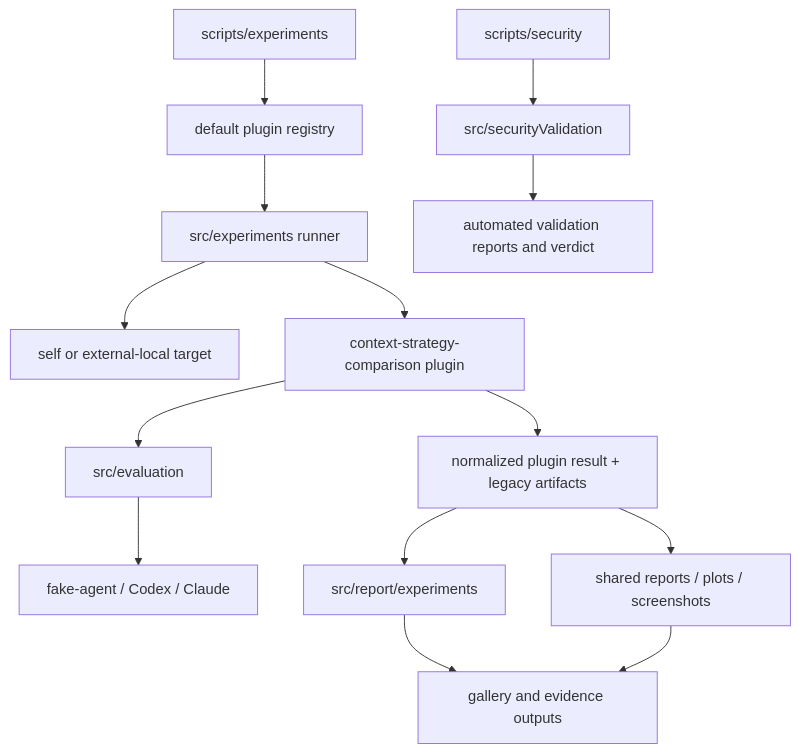
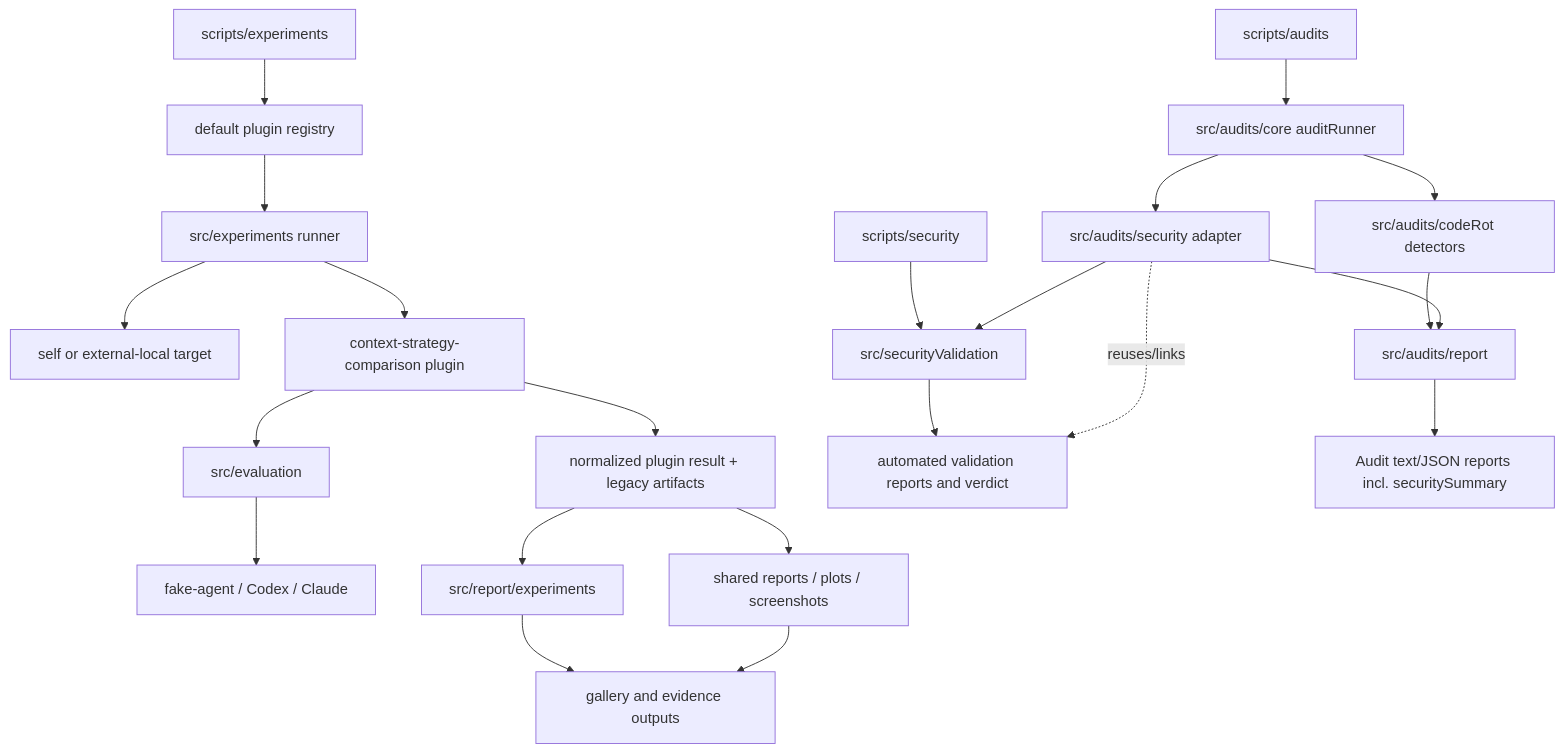
One commit to dailephd/my-dev-kit-lab changed the first of 4 diagrams in docs/ARCHITECTURE.md. Above: the diagram before and after it, drawn with Mermaid. The commit also changed other lines of this file and 51 other files, not shown here.

````diff
--- a/docs/ARCHITECTURE.md
+++ b/docs/ARCHITECTURE.md
@@ -53,17 +54,26 @@
 ```mermaid
 flowchart TD
   CLI[scripts/experiments] --> Registry[default plugin registry]
   Registry --> Runner[src/experiments runner]
   Runner --> Target[self or external-local target]
   Runner --> Plugin[context-strategy-comparison plugin]
   Plugin --> Evaluation[src/evaluation]
   Evaluation --> Agents[fake-agent / Codex / Claude]
   Plugin --> Results[normalized plugin result + legacy artifacts]
   Results --> PluginReports[src/report/experiments]
   Results --> SharedReports[shared reports / plots / screenshots]
   PluginReports --> Gallery[gallery and evidence outputs]
   SharedReports --> Gallery
 
   SecurityCLI[scripts/security] --> Security[src/securityValidation]
   Security --> SecurityReports[automated validation reports and verdict]
+
+  AuditCLI[scripts/audits] --> AuditRunner[src/audits/core auditRunner]
+  AuditRunner --> CodeRotDetectors[src/audits/codeRot detectors]
+  AuditRunner --> SecurityAdapter[src/audits/security adapter]
+  SecurityAdapter --> Security
+  CodeRotDetectors --> AuditReportModel[src/audits/report]
+  SecurityAdapter --> AuditReportModel
+  AuditReportModel --> AuditReports[Audit text/JSON reports incl. securitySummary]
+  SecurityAdapter -.reuses/links.-> SecurityReports
 ```
````
